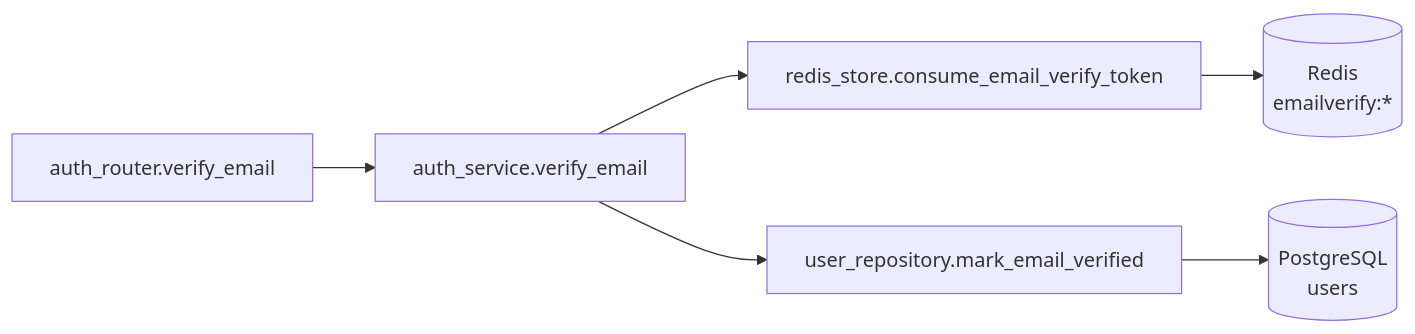
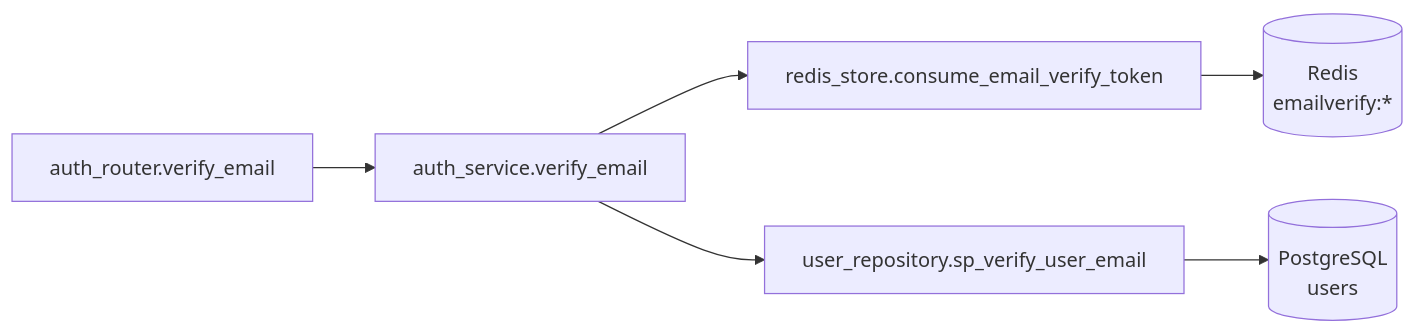
Before and after one commit to oikawa-d/task_management: the third of 4 diagrams in detailed_design/api/auth/07_post_auth_verify_email.md, drawn with Mermaid. The commit also changed other lines of this file and 58 other files, not shown here.

````diff
--- a/detailed_design/api/auth/07_post_auth_verify_email.md
+++ b/detailed_design/api/auth/07_post_auth_verify_email.md
@@ -178,8 +178,8 @@
 ```mermaid
 flowchart LR
     R["auth_router.verify_email"] --> S["auth_service.verify_email"]
     S --> RD["redis_store.consume_email_verify_token"]
-    S --> UR["user_repository.mark_email_verified"]
+    S --> UR["user_repository.sp_verify_user_email"]
     RD --> REDIS[("Redis<br/>emailverify:*")]
     UR --> PG[("PostgreSQL<br/>users")]
 ```
````
